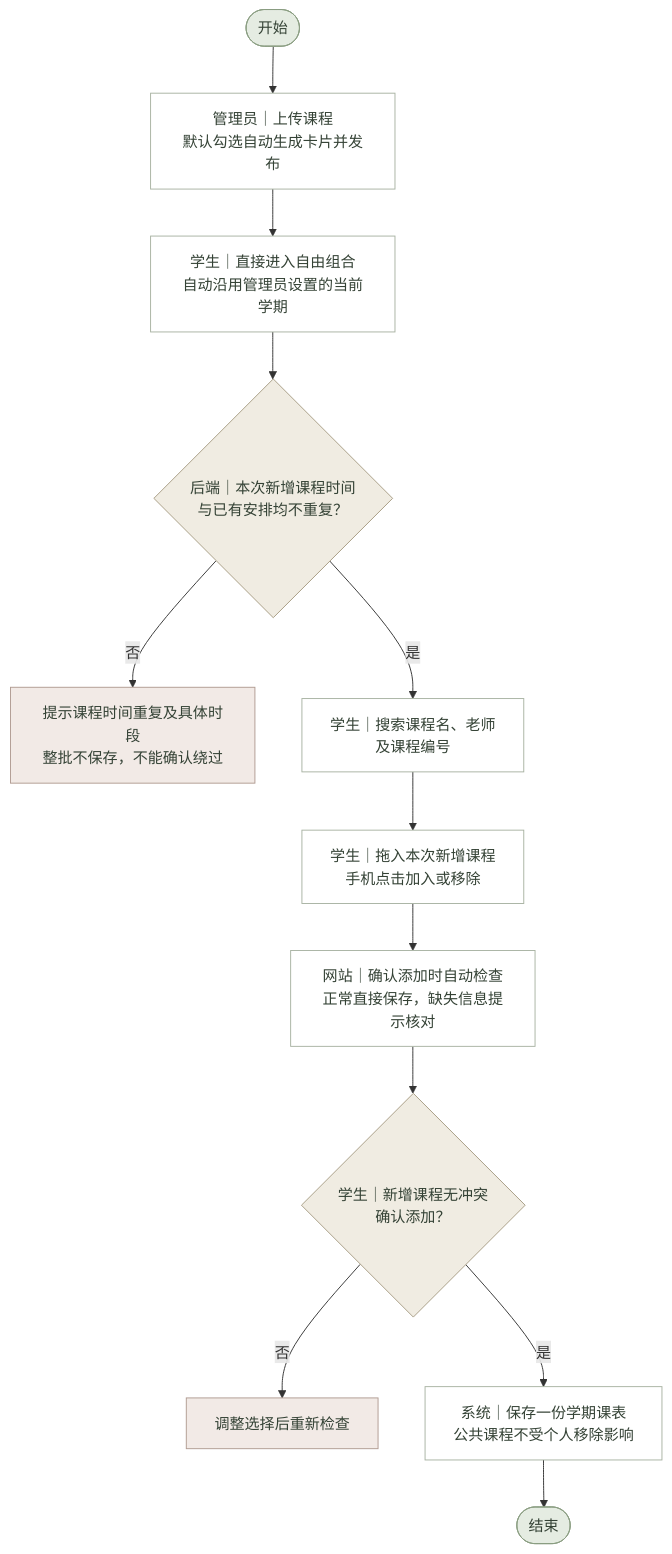
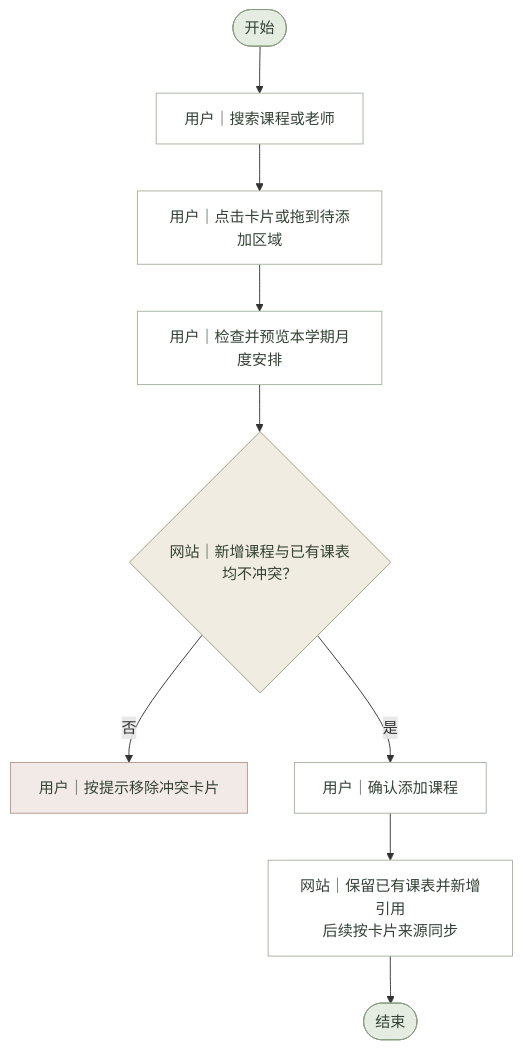
The diagram in 需求文档/课表功能/流程图源文件/业务流程图/课程卡片自由组合.mmd (lichen-lc123/class-assistant), drawn with Mermaid before and after one commit. The commit also changed 157 other files, not shown here.

```diff
--- a/需求文档/课表功能/流程图源文件/业务流程图/课程卡片自由组合.mmd
+++ b/需求文档/课表功能/流程图源文件/业务流程图/课程卡片自由组合.mmd
@@ -1,42 +1,33 @@
-%% 课程卡片自由组合 · 业务流程图 · V1.0 · 2026-11-02
+%% 课程卡片自由组合 · 业务流程图 · 当前版 · 2026-11-09
 flowchart TD
     N0(["开始"])
-    N1["管理员｜上传课程<br/>默认勾选自动生成卡片并发布"]
-    N2["学生｜直接进入自由组合<br/>自动沿用管理员设置的当前学期"]
-    N3{"后端｜本次新增课程时间<br/>与已有安排均不重复？"}
-    B3["提示课程时间重复及具体时段<br/>整批不保存，不能确认绕过"]
-    N4["学生｜搜索课程名、老师<br/>及课程编号"]
-    N5["学生｜拖入本次新增课程<br/>手机点击加入或移除"]
-    N6["网站｜确认添加时自动检查<br/>正常直接保存，缺失信息提示核对"]
-    N7{"学生｜新增课程无冲突<br/>确认添加？"}
-    B7["调整选择后重新检查"]
-    N8["系统｜保存一份学期课表<br/>公共课程不受个人移除影响"]
-    N9(["结束"])
+    N1["用户｜搜索课程或老师"]
+    N2["用户｜点击卡片或拖到待添加区域"]
+    N3["用户｜检查并预览本学期月度安排"]
+    N4{"网站｜新增课程与已有课表均不冲突？"}
+    B4["用户｜按提示移除冲突卡片"]
+    N5["用户｜确认添加课程"]
+    N6["网站｜保留已有课表并新增引用<br/>后续按卡片来源同步"]
+    N7(["结束"])
     N0 --> N1
     N1 --> N2
     N2 --> N3
-    N3 -->|否| B3
-    N3 -->|是| N4
-    N4 --> N5
+    N3 --> N4
+    N4 -->|否| B4
+    N4 -->|是| N5
     N5 --> N6
     N6 --> N7
-    N7 -->|否| B7
-    N7 -->|是| N8
-    N8 --> N9
     classDef normal fill:#FFFFFF,stroke:#A8B2A2,color:#344235;
     classDef decision fill:#F0ECE2,stroke:#A69B83,color:#344235;
     classDef terminal fill:#E5ECE2,stroke:#8A9D82,color:#344235;
     classDef exception fill:#F2EAE6,stroke:#B09B91,color:#344235;
     classDef database fill:#E7EDF0,stroke:#8A9CA6,color:#344235;
     class N0 terminal;
     class N1 normal;
     class N2 normal;
-    class N3 decision;
-    class B3 exception;
-    class N4 normal;
+    class N3 normal;
+    class N4 decision;
+    class B4 exception;
     class N5 normal;
     class N6 normal;
-    class N7 decision;
-    class B7 exception;
-    class N8 normal;
-    class N9 terminal;
+    class N7 terminal;
```
